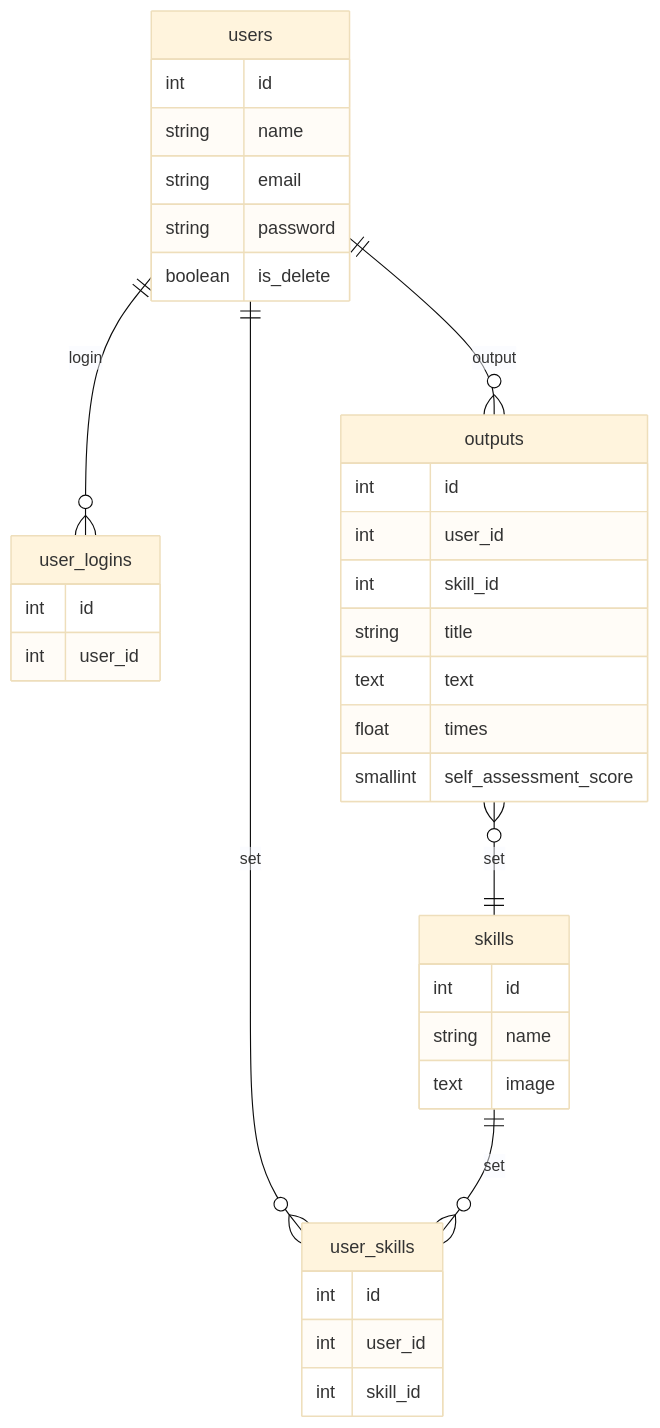
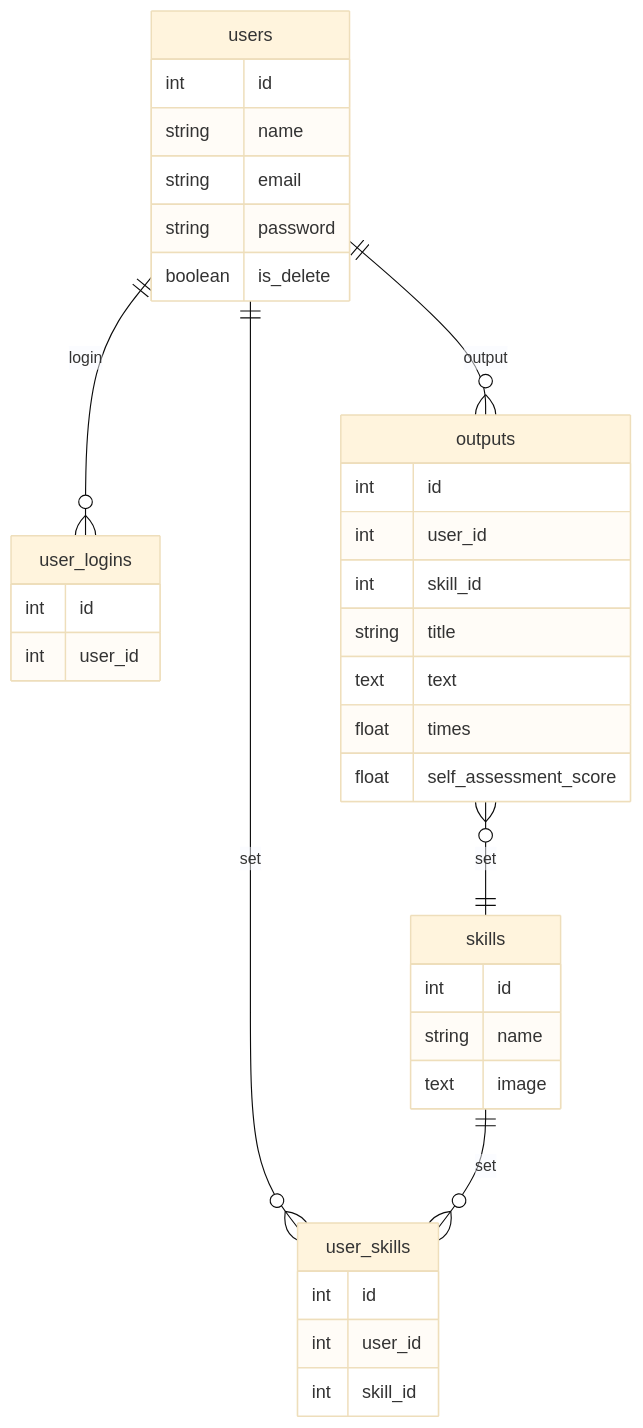
Before and after one commit to dmm-magicians/skill_stack: the diagram in README.md, drawn with Mermaid (base theme). The commit also changed other lines of this file, not shown here.

````diff
--- a/README.md
+++ b/README.md
@@ -94,42 +98,42 @@
 ```mermaid
   erDiagram
     users ||--o{ user_logins : login
     users ||--o{ user_skills : set
     skills ||--o{ user_skills : set
     users ||--o{ outputs : output
     outputs }o--|| skills : set
     users {
       int id
       string name
       string email
       string password
       boolean is_delete
     }
 
     skills {
       int id
       string name
       text image
     }
 
     user_skills {
       int id
       int user_id
       int skill_id
     }
 
     user_logins {
       int id
       int user_id
     }
 
     outputs {
       int id
       int user_id
       int skill_id
       string title
       text text
       float times
-      smallint self_assessment_score
+      float self_assessment_score
     }
 ```
````
